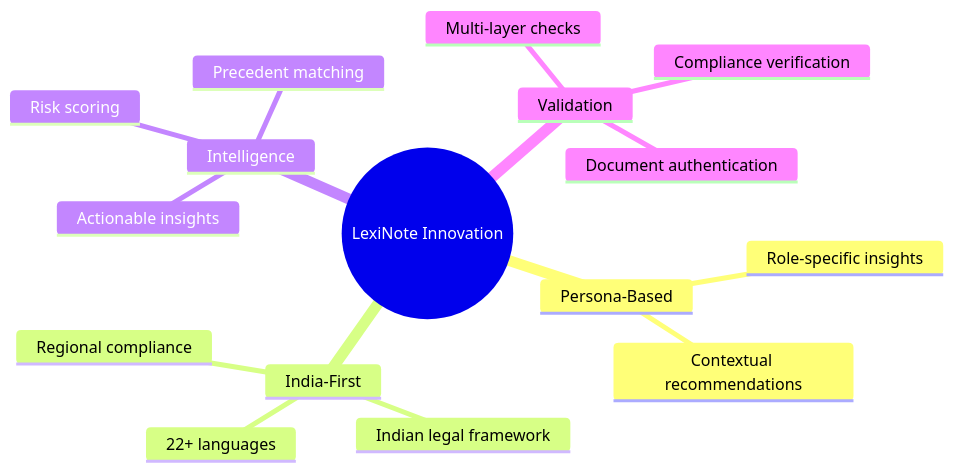
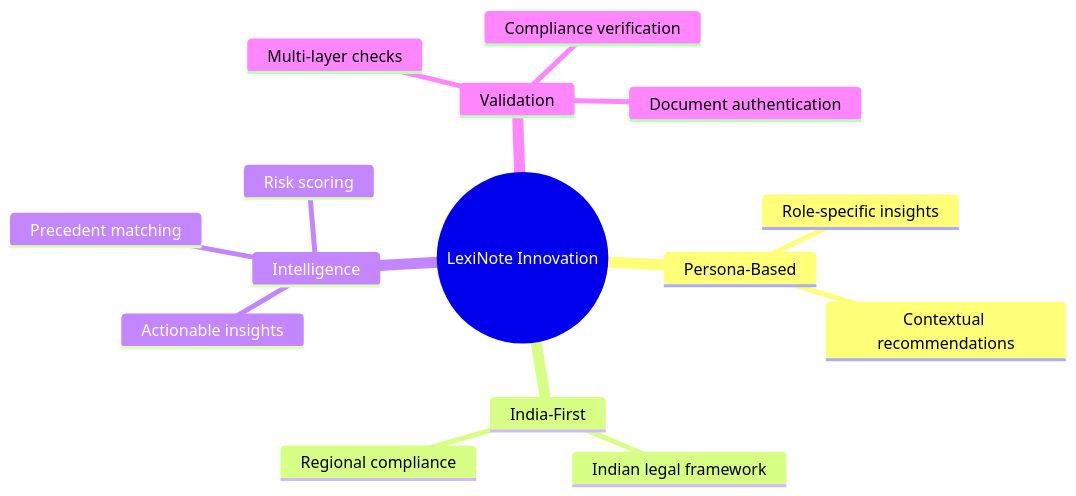
The diagram in README.md (GoluKumar-Upadhyay/LexiNote-Legal-document-Analyzer), drawn with Mermaid before and after one commit.

Commit message:
Remove language count from India-First section
Removed the mention of '22+ languages' from the India-First section.

````diff
--- a/README.md
+++ b/README.md
@@ -224,19 +224,19 @@
 ```mermaid
 mindmap
   root((LexiNote Innovation))
     Persona-Based
       Role-specific insights
       Contextual recommendations
     India-First
       Indian legal framework
-      22+ languages
+
       Regional compliance
     Intelligence
       Actionable insights
       Risk scoring
       Precedent matching
     Validation
       Multi-layer checks
       Compliance verification
       Document authentication
 ```
````
